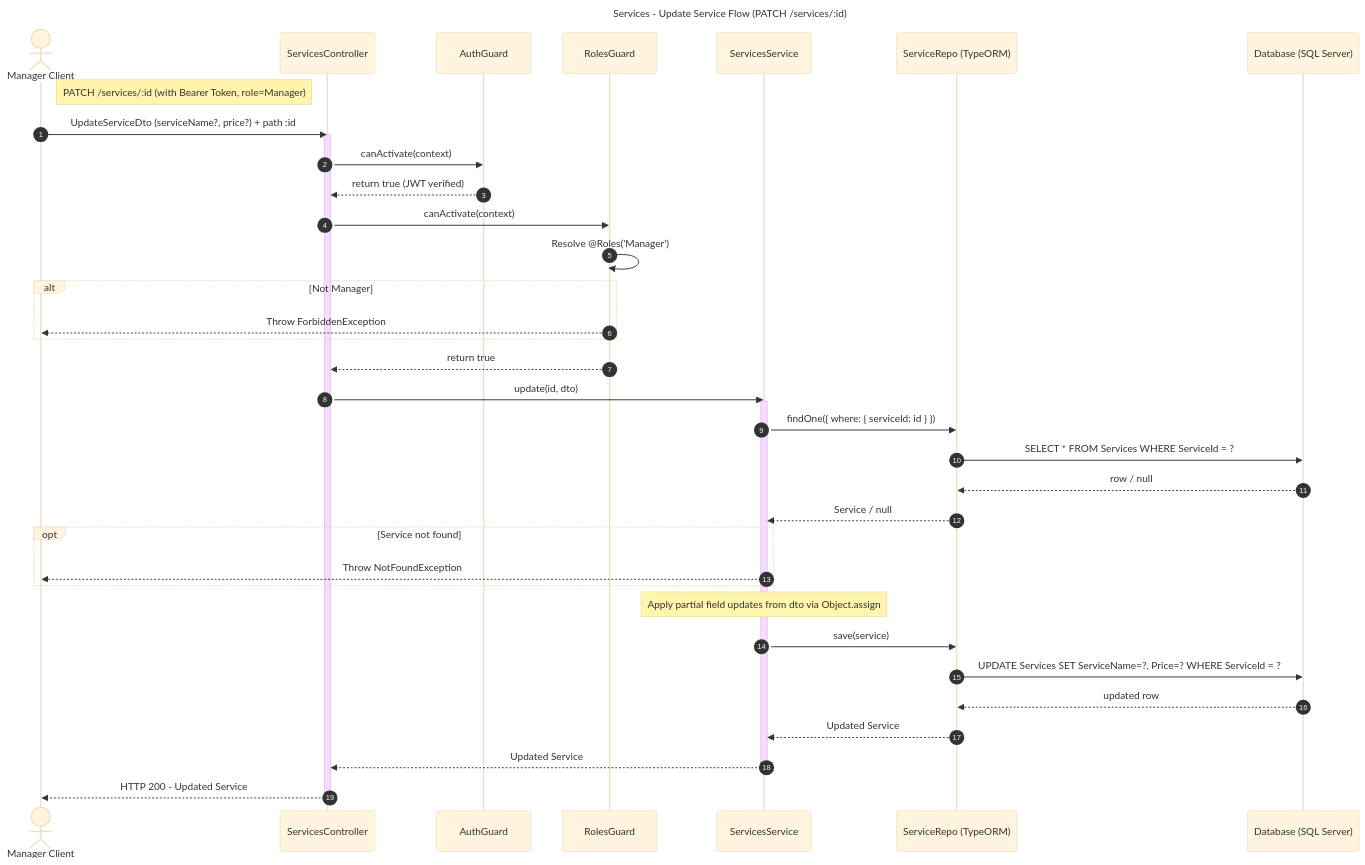
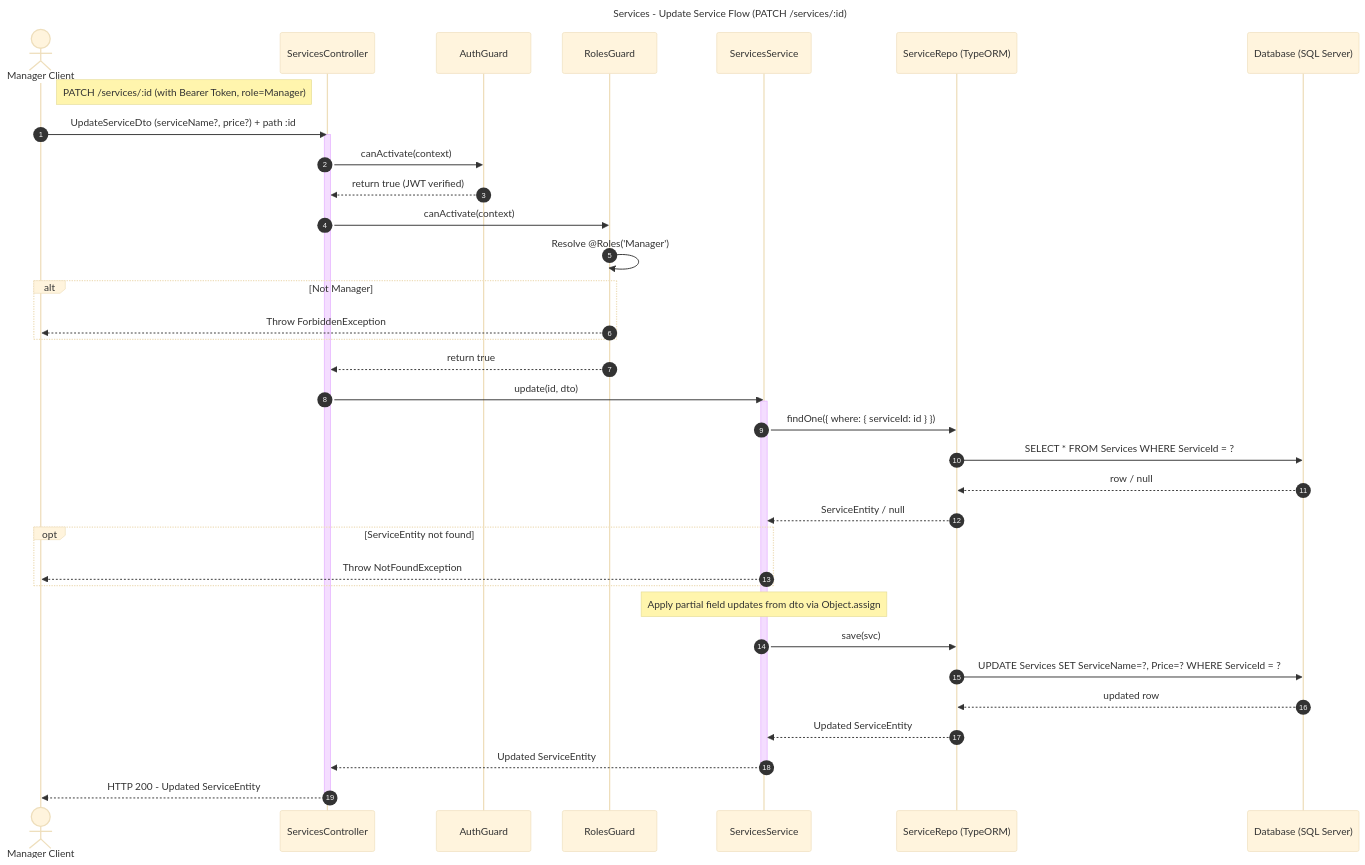
One commit to Notimemech/HotelHubManagement changed the diagram in docs/modules/services/sequence/update-service.mmd. Above: the diagram before and after it, drawn with Mermaid (base theme). The commit also changed 6 other files, not shown here.

First line of the commit message:
Refactor service-related sequence diagrams and update database schema

```diff
--- a/docs/modules/services/sequence/update-service.mmd
+++ b/docs/modules/services/sequence/update-service.mmd
@@ -1,46 +1,46 @@
 ---
 title: Services - Update Service Flow (PATCH /services/:id)
 ---
 sequenceDiagram
     autonumber
     actor Client as Manager Client
     participant Ctrl as ServicesController
     participant Guard as AuthGuard
     participant RGuard as RolesGuard
-    participant Service as ServicesService
+    participant Svc as ServicesService
     participant ServiceRepo as ServiceRepo (TypeORM)
     participant DB as Database (SQL Server)
 
-    note right of Client: PATCH /services/:id (with Bearer Token, role=Manager)
+    Note right of Client: PATCH /services/:id (with Bearer Token, role=Manager)
     Client->>Ctrl: UpdateServiceDto (serviceName?, price?) + path :id
     activate Ctrl
     Ctrl->>Guard: canActivate(context)
     Guard-->>Ctrl: return true (JWT verified)
     Ctrl->>RGuard: canActivate(context)
     RGuard->>RGuard: Resolve @Roles('Manager')
     alt Not Manager
         RGuard-->>Client: Throw ForbiddenException
     end
     RGuard-->>Ctrl: return true
 
-    Ctrl->>Service: update(id, dto)
-    activate Service
-    Service->>ServiceRepo: findOne({ where: { serviceId: id } })
+    Ctrl->>Svc: update(id, dto)
+    activate Svc
+    Svc->>ServiceRepo: findOne({ where: { serviceId: id } })
     ServiceRepo->>DB: SELECT * FROM Services WHERE ServiceId = ?
     DB-->>ServiceRepo: row / null
-    ServiceRepo-->>Service: Service / null
-    opt Service not found
-        Service-->>Client: Throw NotFoundException
+    ServiceRepo-->>Svc: ServiceEntity / null
+    opt ServiceEntity not found
+        Svc-->>Client: Throw NotFoundException
     end
 
-    Note over Service: Apply partial field updates from dto via Object.assign
+    Note over Svc: Apply partial field updates from dto via Object.assign
 
-    Service->>ServiceRepo: save(service)
+    Svc->>ServiceRepo: save(svc)
     ServiceRepo->>DB: UPDATE Services SET ServiceName=?, Price=? WHERE ServiceId = ?
     DB-->>ServiceRepo: updated row
-    ServiceRepo-->>Service: Updated Service
-    Service-->>Ctrl: Updated Service
-    deactivate Service
+    ServiceRepo-->>Svc: Updated ServiceEntity
+    Svc-->>Ctrl: Updated ServiceEntity
+    deactivate Svc
 
-    Ctrl-->>Client: HTTP 200 - Updated Service
+    Ctrl-->>Client: HTTP 200 - Updated ServiceEntity
     deactivate Ctrl
```
